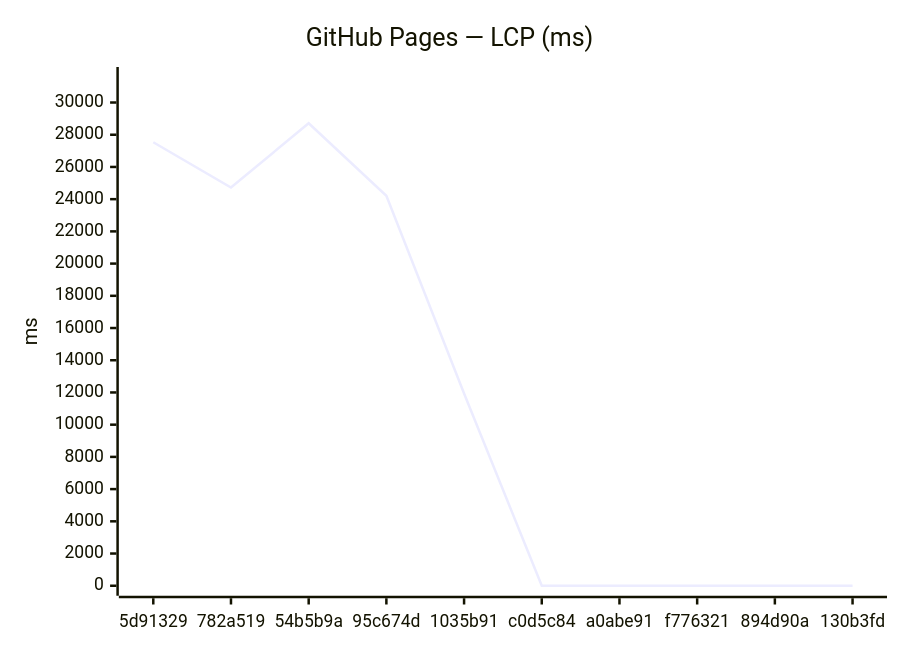
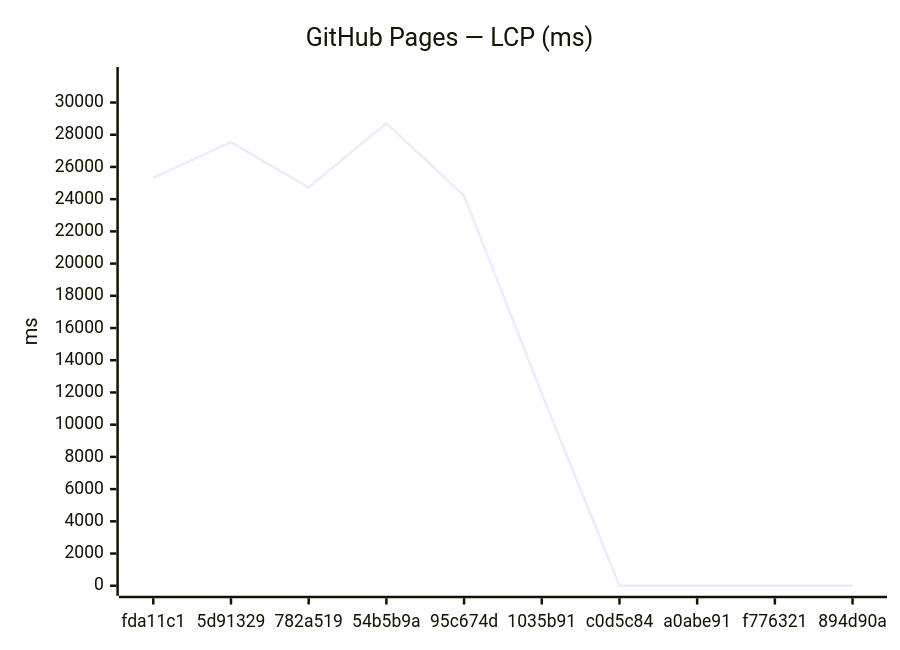
One commit to Metaheurist/Rianell changed the third of 18 diagrams in benchmarks/compare.md. Above: the diagram before and after it, drawn with Mermaid. The commit also changed other lines of this file and 11 other files, not shown here.

````diff
--- a/benchmarks/compare.md
+++ b/benchmarks/compare.md
@@ -54,7 +54,7 @@
 ```mermaid
 xychart-beta
     title "GitHub Pages — LCP (ms)"
-    x-axis ["5d91329", "782a519", "54b5b9a", "95c674d", "1035b91", "c0d5c84", "a0abe91", "f776321", "894d90a", "130b3fd"]
+    x-axis ["fda11c1", "5d91329", "782a519", "54b5b9a", "95c674d", "1035b91", "c0d5c84", "a0abe91", "f776321", "894d90a"]
     y-axis "ms" 0 --> 31584
-    line [27536, 24725, 28712, 24213, 11936, 0, 0, 0, 0, 0]
+    line [25329, 27536, 24725, 28712, 24213, 11936, 0, 0, 0, 0]
 ```
````
